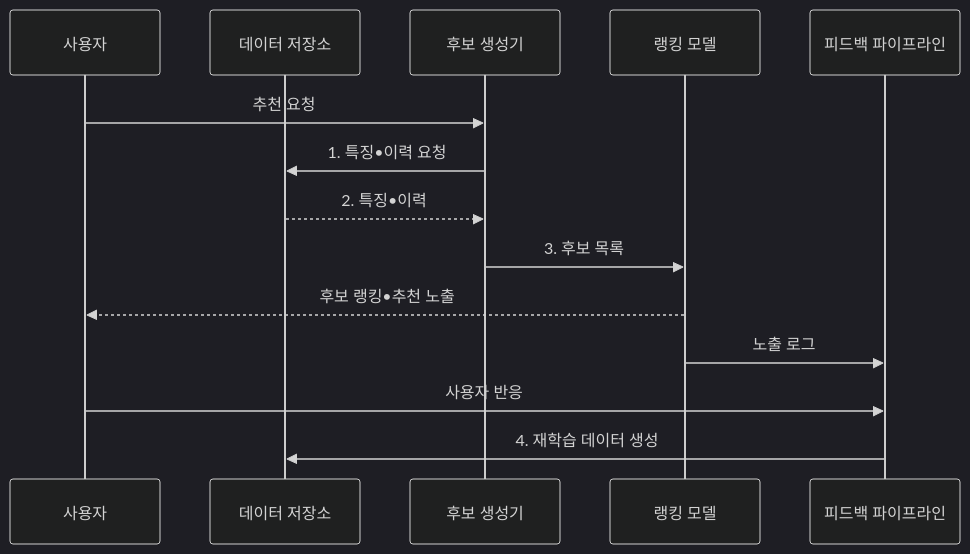
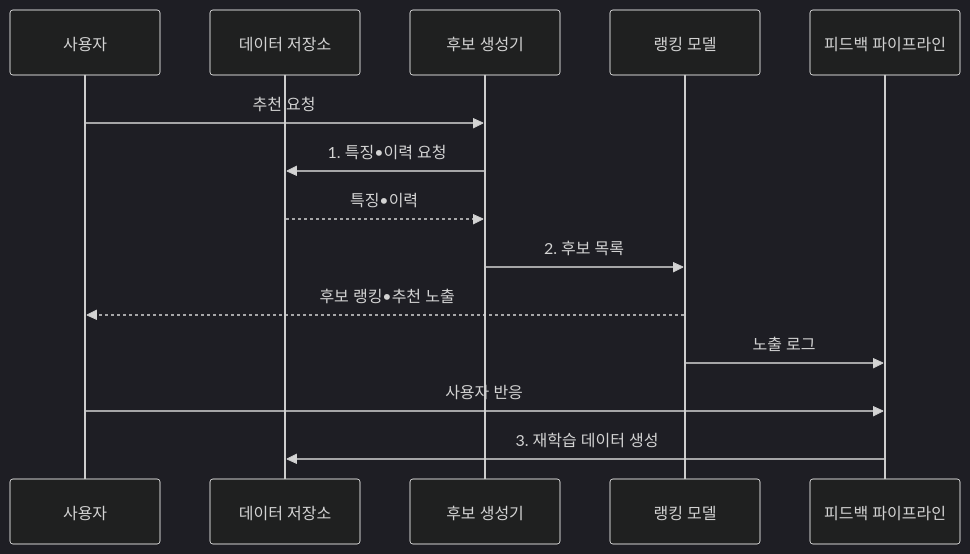
One commit to agnusdei1207/knowledge-base changed the second of 2 diagrams in src/content/docs/notes/01-basic-theory/054_recommendation_system.md. Above: the diagram before and after it, drawn with Mermaid (dark theme). The commit also changed other lines of this file and 14 other files, not shown here.

````diff
--- a/src/content/docs/notes/01-basic-theory/054_recommendation_system.md
+++ b/src/content/docs/notes/01-basic-theory/054_recommendation_system.md
@@ -87,16 +87,16 @@
 ```mermaid
 sequenceDiagram
     participant U as 사용자
     participant D as 데이터 저장소
     participant C as 후보 생성기
     participant R as 랭킹 모델
     participant P as 피드백 파이프라인
     U->>C: 추천 요청
     C->>D: 1. 특징•이력 요청
-    D-->>C: 2. 특징•이력
-    C->>R: 3. 후보 목록
+    D-->>C: 특징•이력
+    C->>R: 2. 후보 목록
     R-->>U: 후보 랭킹•추천 노출
     R->>P: 노출 로그
     U->>P: 사용자 반응
-    P->>D: 4. 재학습 데이터 생성
+    P->>D: 3. 재학습 데이터 생성
 ```
````
